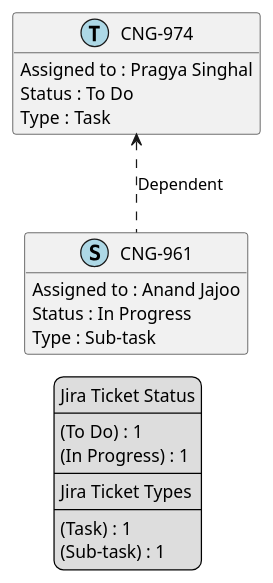
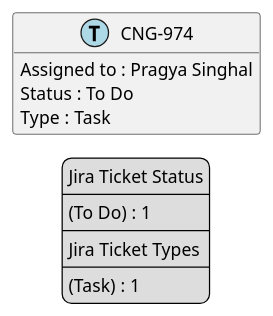
The diagram in temp/jira-Pragya Singhal.puml (brunasti/jiraplotter), drawn with PlantUML before and after one commit. The commit also changed 57 other files, not shown here.

```diff
--- a/temp/jira-Pragya Singhal.puml
+++ b/temp/jira-Pragya Singhal.puml
@@ -1,41 +1,32 @@
 @startuml
 'https://plantuml.com/class-diagram
 
 ' GENERATE CLASS DIAGRAM ===========
-' Generated at    : Mon Apr 15 11:44:38 CEST 2024
+' Generated at    : Mon Apr 15 12:32:40 CEST 2024
 
 hide empty members
 
 legend
 Jira Ticket Status
 ----
 (To Do) : 1
-(In Progress) : 1
 ----
 Jira Ticket Types
 ----
 (Task) : 1
-(Sub-task) : 1
 end legend
 
 
 ' Tickets =======
-class "CNG-961" << (S,lightblue) >> {
-  Assigned to : Anand Jajoo
-  Status : In Progress
-  Type : Sub-task
-}
-
 class "CNG-974" << (T,lightblue) >> {
   Assigned to : Pragya Singhal
   Status : To Do
   Type : Task
 }
 
 
 
 ' Links =======
-"CNG-974" <.. "CNG-961" : Dependent
 
 
 @enduml
```
